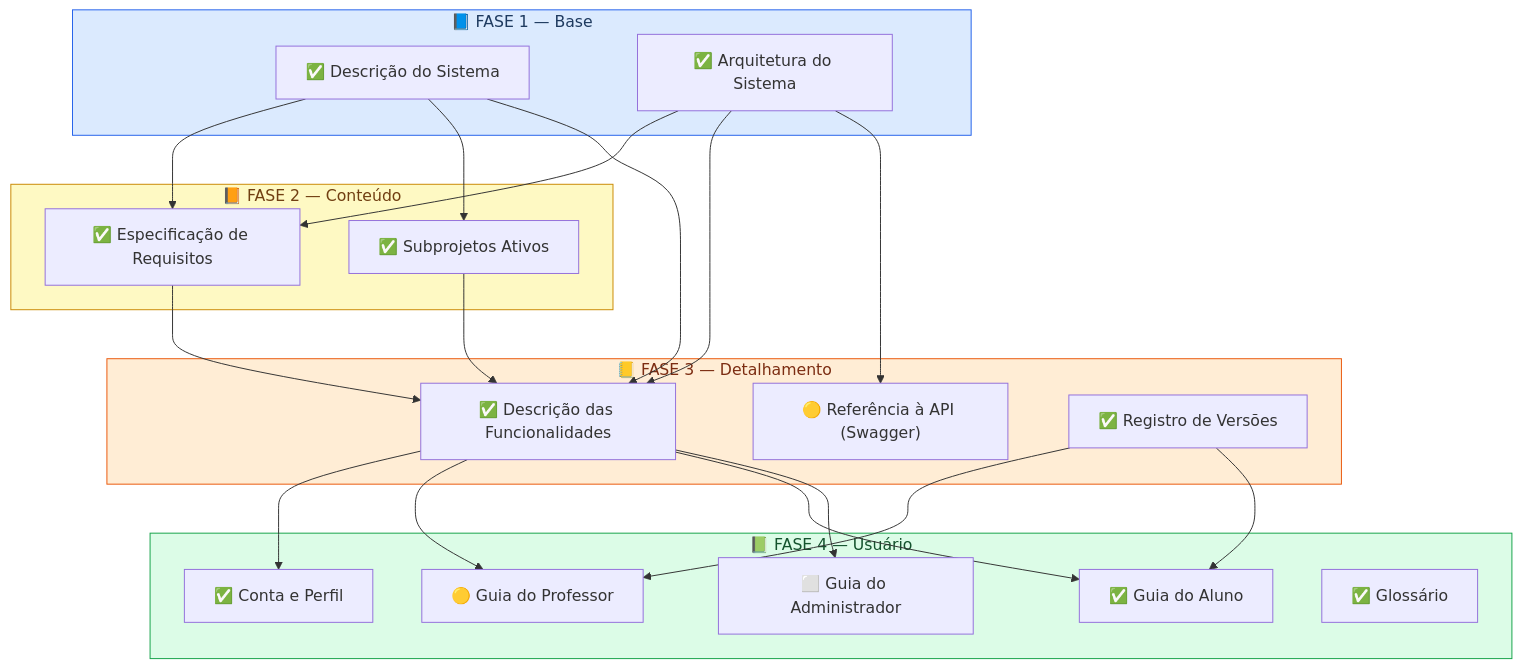
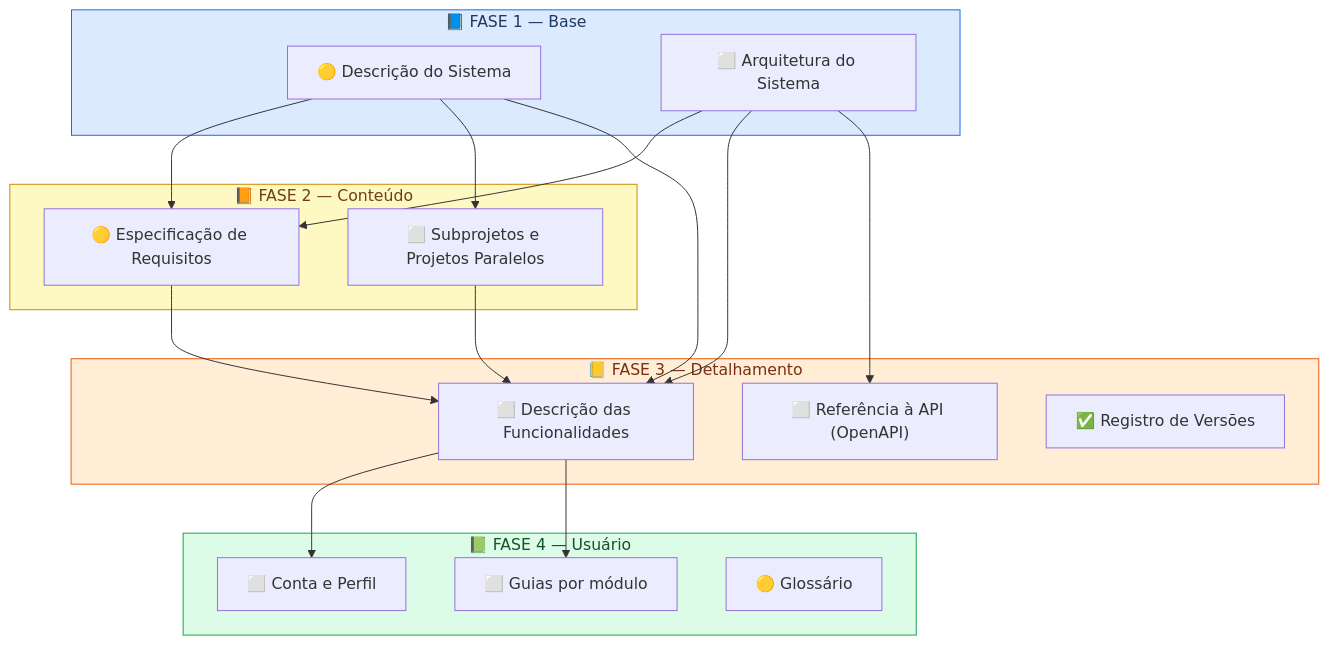
One commit to IthaloCavalcante/ifvest-docs changed the diagram in docs/planejamento.md. Above: the diagram before and after it, drawn with Mermaid. The commit also changed other lines of this file and 36 other files, not shown here.

````diff
--- a/docs/planejamento.md
+++ b/docs/planejamento.md
@@ -52,46 +53,40 @@
 ```mermaid
 flowchart TD
     subgraph F1["📘 FASE 1 — Base"]
-        A["✅ Descrição do Sistema"]
-        B["✅ Arquitetura do Sistema"]
+        A["🟡 Descrição do Sistema"]
+        B["⬜ Arquitetura do Sistema"]
     end
 
     subgraph F2["📙 FASE 2 — Conteúdo"]
-        C["✅ Especificação de Requisitos"]
-        D["✅ Subprojetos Ativos"]
+        C["🟡 Especificação de Requisitos"]
+        D["⬜ Subprojetos e Projetos Paralelos"]
     end
 
     subgraph F3["📒 FASE 3 — Detalhamento"]
-        E["✅ Descrição das Funcionalidades"]
-        F["🟡 Referência à API (Swagger)"]
+        E["⬜ Descrição das Funcionalidades"]
+        F["⬜ Referência à API (OpenAPI)"]
         G["✅ Registro de Versões"]
     end
 
     subgraph F4["📗 FASE 4 — Usuário"]
-        J["✅ Conta e Perfil"]
-        I["✅ Guia do Aluno"]
-        H["🟡 Guia do Professor"]
-        K["⬜ Guia do Administrador"]
-        L["✅ Glossário"]
+        J["⬜ Conta e Perfil"]
+        I["⬜ Guias por módulo"]
+        L["🟡 Glossário"]
     end
 
     A --> C
     A --> D
     A --> E
     B --> C
     B --> E
     B --> F
     C --> E
     D --> E
     E --> J
-    E --> H
     E --> I
-    E --> K
-    G --> H
-    G --> I
 
     style F1 fill:#dbeafe,stroke:#2563eb,color:#1e3a5f
     style F2 fill:#fef9c3,stroke:#ca8a04,color:#713f12
     style F3 fill:#ffedd5,stroke:#ea580c,color:#7c2d12
     style F4 fill:#dcfce7,stroke:#16a34a,color:#14532d
 ```
````
